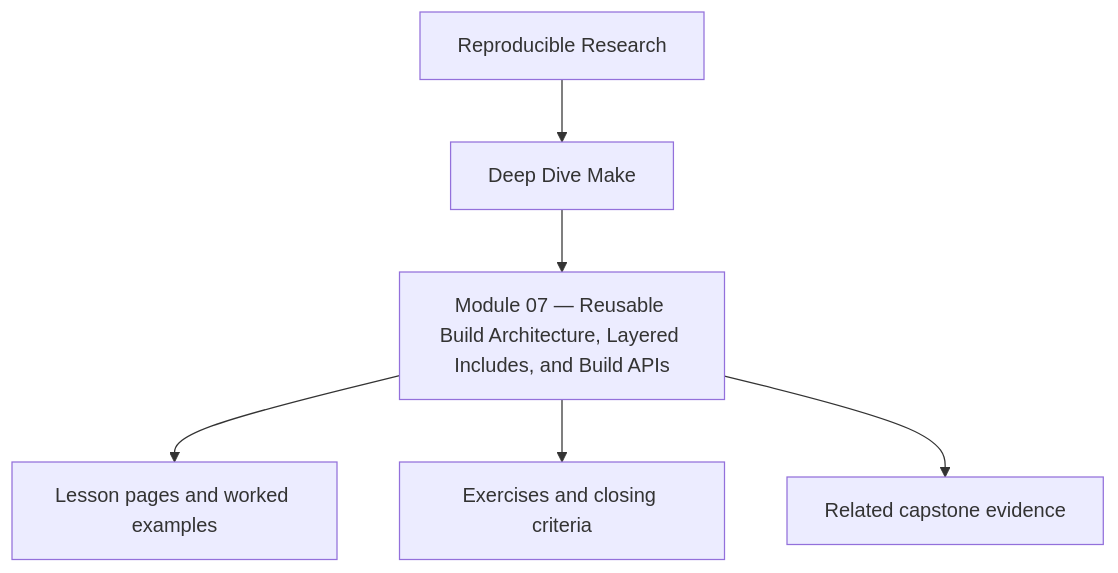
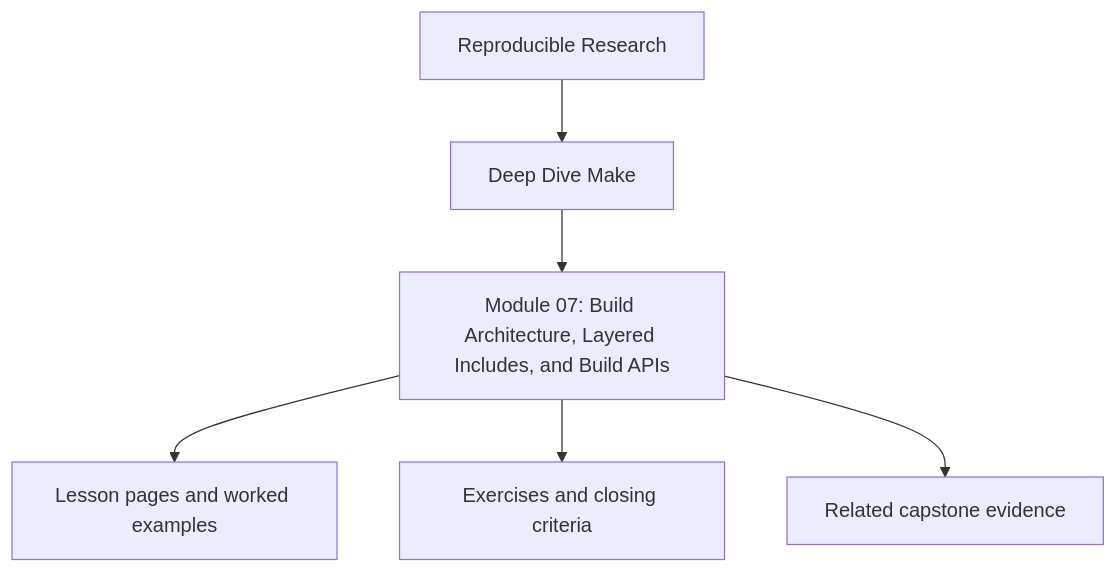
Before and after one commit to bijux/bijux-masterclass: the first of 2 diagrams in programs/reproducible-research/deep-dive-make/course-book/module-07-reusable-build-architecture-and-build-apis/index.md, drawn with Mermaid. The commit also changed other lines of this file and 241 other files, not shown here.

````diff
--- a/programs/reproducible-research/deep-dive-make/course-book/module-07-reusable-build-architecture-and-build-apis/index.md
+++ b/programs/reproducible-research/deep-dive-make/course-book/module-07-reusable-build-architecture-and-build-apis/index.md
@@ -9,8 +9,8 @@
 ```mermaid
 flowchart TD
   family["Reproducible Research"] --> program["Deep Dive Make"]
-  program --> module["Module 07 — Reusable Build Architecture, Layered Includes, and Build APIs"]
+  program --> module["Module 07: Build Architecture, Layered Includes, and Build APIs"]
   module --> lessons["Lesson pages and worked examples"]
   module --> checkpoints["Exercises and closing criteria"]
   module --> capstone["Related capstone evidence"]
 ```
````
